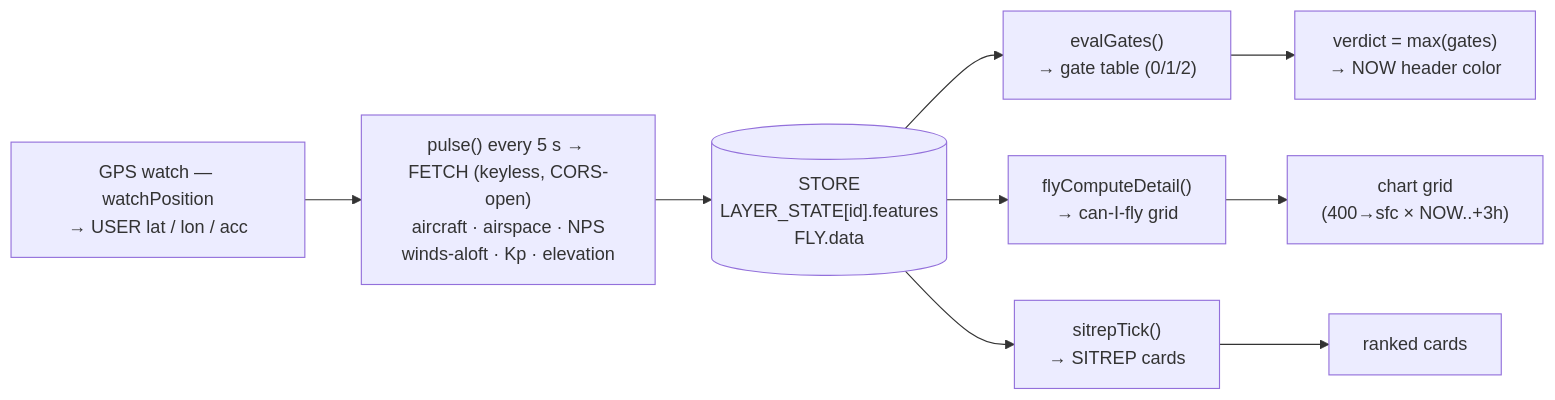
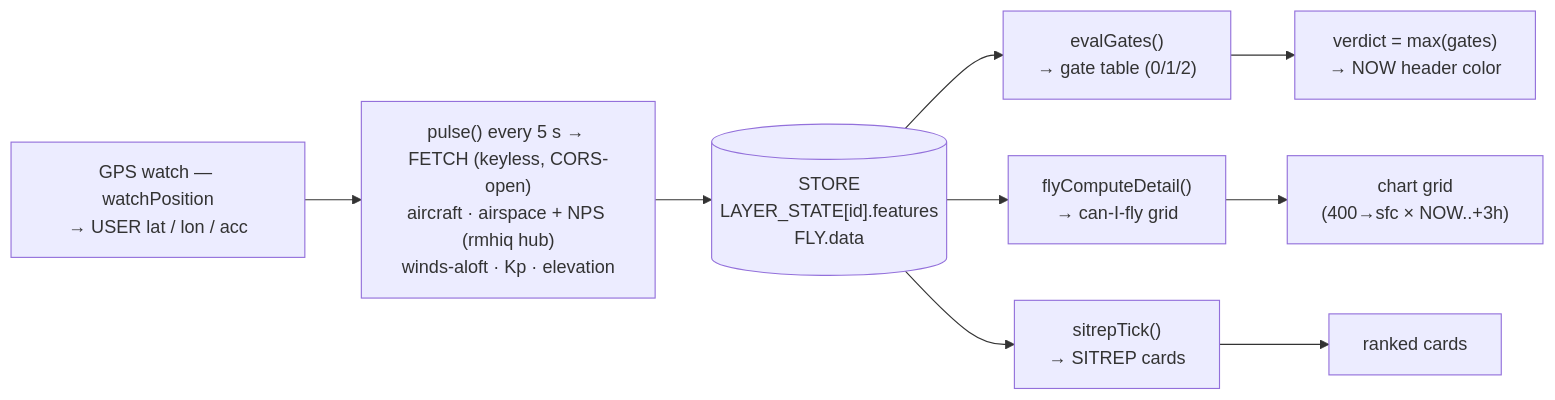
Before and after one commit to robertjohnhanna/sitrep: the diagram in README.md, drawn with Mermaid. The commit also changed other lines of this file and 1 other file, not shown here.

First line of the commit message:
Pull airspace from the rmhiq hub instead of FAA/NPS direct

````diff
--- a/README.md
+++ b/README.md
@@ -13,11 +16,11 @@
 ```mermaid
 flowchart LR
-  GPS["GPS watch — watchPosition<br/>→ USER lat / lon / acc"] --> PULSE["pulse() every 5 s → FETCH (keyless, CORS-open)<br/>aircraft · airspace · NPS<br/>winds-aloft · Kp · elevation"]
+  GPS["GPS watch — watchPosition<br/>→ USER lat / lon / acc"] --> PULSE["pulse() every 5 s → FETCH (keyless, CORS-open)<br/>aircraft · airspace + NPS (rmhiq hub)<br/>winds-aloft · Kp · elevation"]
   PULSE --> STORE[("STORE<br/>LAYER_STATE[id].features<br/>FLY.data")]
   STORE --> GATES["evalGates()<br/>→ gate table (0/1/2)"]
   STORE --> CHART["flyComputeDetail()<br/>→ can-I-fly grid"]
   STORE --> SITREP["sitrepTick()<br/>→ SITREP cards"]
   GATES --> NOW["verdict = max(gates)<br/>→ NOW header color"]
   CHART --> BOARD["chart grid<br/>(400→sfc × NOW..+3h)"]
   SITREP --> CARDS["ranked cards"]
 ```
````
